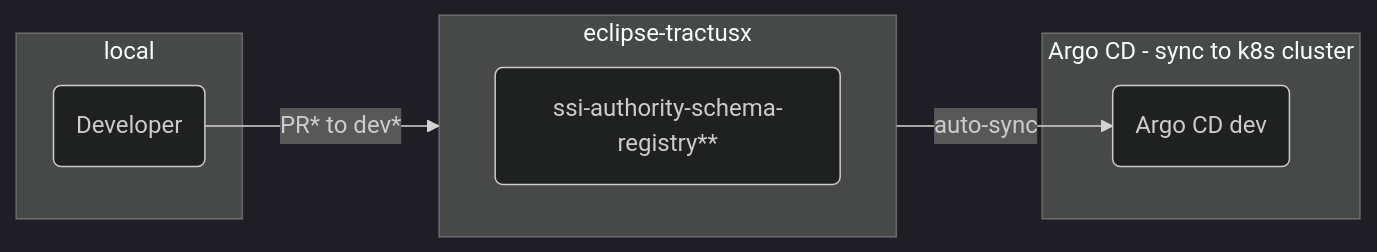
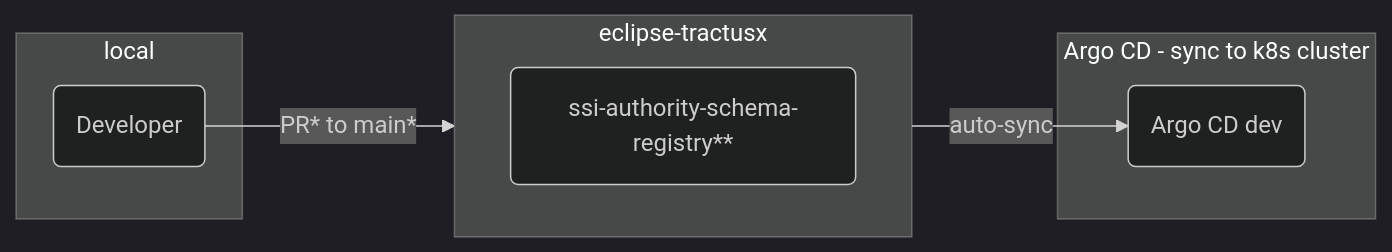
One commit to eclipse-tractusx/ssi-authority-schema-registry changed the diagram in docs/technical-documentation/dev-process/Dev-flow_deploy-dev-env.md. Above: the diagram before and after it, drawn with Mermaid (dark theme).

Commit message:
docs: update to main branch

````diff
--- a/docs/technical-documentation/dev-process/Dev-flow_deploy-dev-env.md
+++ b/docs/technical-documentation/dev-process/Dev-flow_deploy-dev-env.md
@@ -3,14 +3,14 @@
 ```mermaid
 flowchart LR
     subgraph local
     D(Developer)
     end
     subgraph eclipse-tractusx
         direction LR
-        D -- PR* to dev*--> SASR(ssi-authority-schema-registry**)
+        D -- PR* to main*--> SASR(ssi-authority-schema-registry**)
         click SCI "https://github.com/eclipse-tractusx/ssi-authority-schema-registry"
     end
     subgraph Argo CD - sync to k8s cluster
     SASR -- auto-sync --> A(Argo CD dev)
     end
 ```
````
